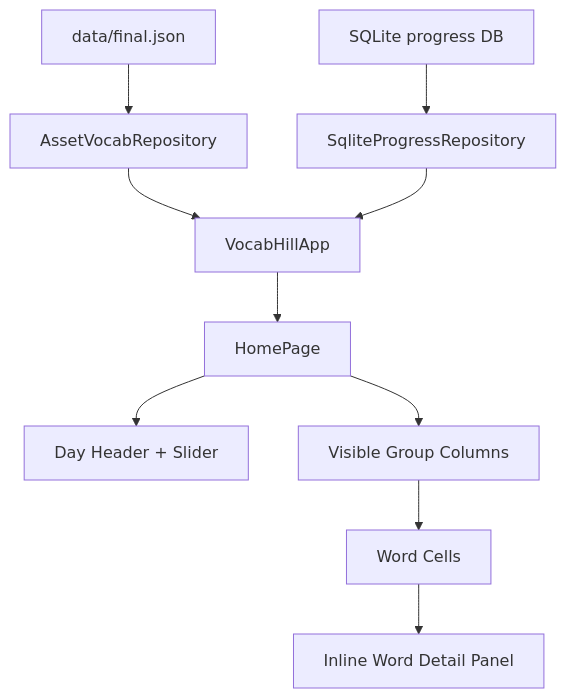
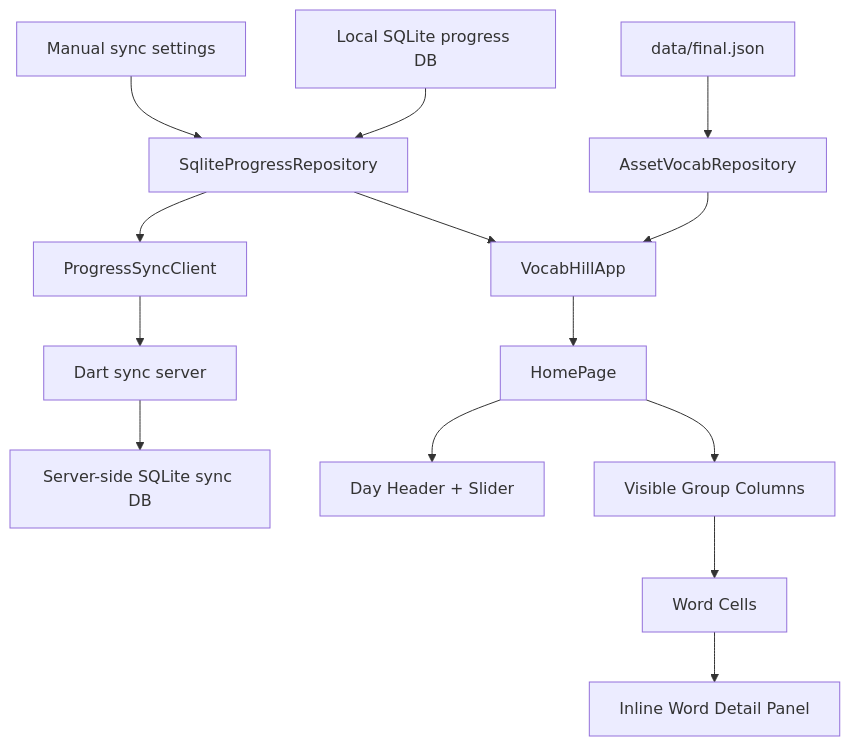
One commit to desertSniper87/vocab-hill changed the diagram in docs/2-architecture/README.md. Above: the diagram before and after it, drawn with Mermaid. The commit also changed other lines of this file and 16 other files, not shown here.

````diff
--- a/docs/2-architecture/README.md
+++ b/docs/2-architecture/README.md
@@ -11,12 +11,16 @@
 ```mermaid
 flowchart TD
     A["data/final.json"] --> B["AssetVocabRepository"]
-    P["SQLite progress DB"] --> Q["SqliteProgressRepository"]
+    P["Local SQLite progress DB"] --> Q["SqliteProgressRepository"]
+    R["Manual sync settings"] --> Q
+    S["Dart sync server"] --> T["Server-side SQLite sync DB"]
+    Q --> U["ProgressSyncClient"]
+    U --> S
     B --> C["VocabHillApp"]
     Q --> C
     C --> D["HomePage"]
     D --> E["Day Header + Slider"]
     D --> F["Visible Group Columns"]
     F --> G["Word Cells"]
     G --> H["Inline Word Detail Panel"]
 ```
````
